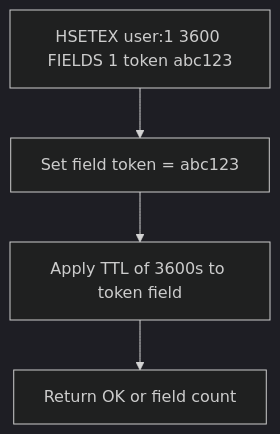
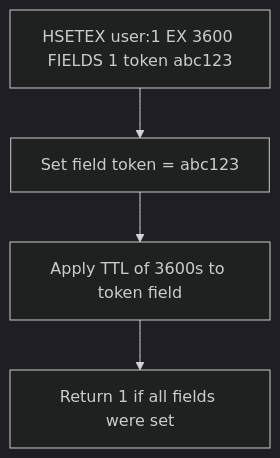
One commit to OneUptime/blog changed the diagram in posts/2026-03-31-redis-hsetex-set-hash-expiration/README.md. Above: the diagram before and after it, drawn with Mermaid (dark theme). The commit also changed other lines of this file and 2 other files, not shown here.

Commit message:
validate: 2026-03-31-redis-hsetex-set-hash-expiration

````diff
--- a/posts/2026-03-31-redis-hsetex-set-hash-expiration/README.md
+++ b/posts/2026-03-31-redis-hsetex-set-hash-expiration/README.md
@@ -17,6 +17,6 @@
 ```mermaid
 flowchart TD
-    A["HSETEX user:1 3600 FIELDS 1 token abc123"] --> B[Set field token = abc123]
+    A["HSETEX user:1 EX 3600 FIELDS 1 token abc123"] --> B[Set field token = abc123]
     B --> C[Apply TTL of 3600s to token field]
-    C --> D[Return OK or field count]
+    C --> D[Return 1 if all fields were set]
 ```
````
